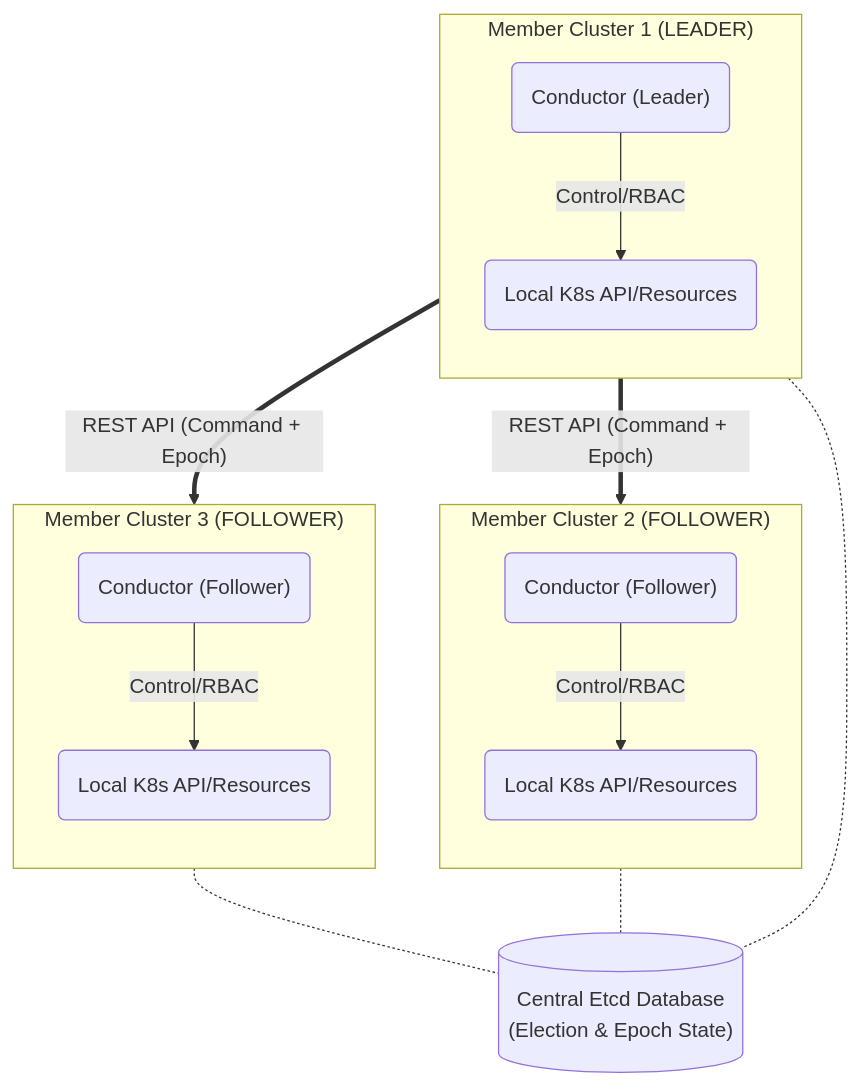
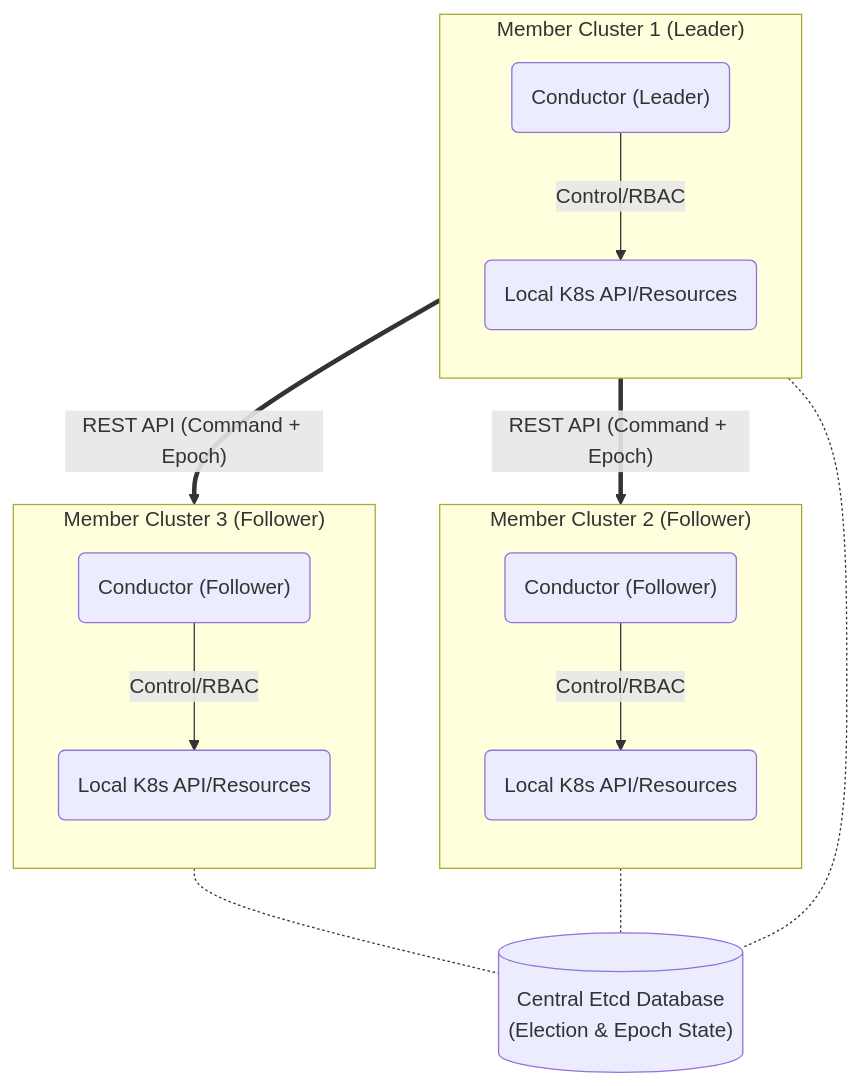
Before and after one commit to esadakcam/conductor: the diagram in docs/architecture-distributed.md, drawn with Mermaid.

Commit message:
Update distributed arch

````diff
--- a/docs/architecture-distributed.md
+++ b/docs/architecture-distributed.md
@@ -1,52 +1,52 @@
 ```mermaid
 flowchart TD
     %% 1. The Central Database
     ETCD[("Central Etcd Database
     (Election & Epoch State)")]
 
     %% 2. The Leader Cluster Scope
-    subgraph Cluster_1 ["Member Cluster 1 (LEADER)"]
+    subgraph Cluster_1 ["Member Cluster 1 (Leader)"]
         direction TB
         L_Agent("Conductor (Leader)")
         L_K8s("Local K8s API/Resources")
 
         %% Local Communication
         L_Agent -->|Control/RBAC| L_K8s
     end
 
     %% 3. The Follower Cluster Scope
-    subgraph Cluster_2 ["Member Cluster 2 (FOLLOWER)"]
+    subgraph Cluster_2 ["Member Cluster 2 (Follower)"]
         direction TB
         F1_Agent("Conductor (Follower)")
         F1_K8s("Local K8s API/Resources")
 
         %% Local Communication
         F1_Agent -->|Control/RBAC| F1_K8s
     end
 
     %% 4. The Second Follower (to show 1-to-many)
-    subgraph Cluster_3 ["Member Cluster 3 (FOLLOWER)"]
+    subgraph Cluster_3 ["Member Cluster 3 (Follower)"]
         direction TB
         F2_Agent("Conductor (Follower)")
         F2_K8s("Local K8s API/Resources")
 
         %% Local Communication
         F2_Agent -->|Control/RBAC| F2_K8s
     end
 
     %% --- CROSS-CLUSTER COMMUNICATION (Minimizing Arrows) ---
 
     %% Leader commands Followers (REST API)
     L_Agent == "REST API (Command + Epoch)" ==> F1_Agent
     L_Agent == "REST API (Command + Epoch)" ==> F2_Agent
 
     %% All Nodes Talk to Etcd (Dashed to distinguish from task flow)
     L_Agent -.- ETCD
     F1_Agent -.- ETCD
     F2_Agent -.- ETCD
 
 
     class L_Agent,F1_Agent,F2_Agent agent;
     class ETCD db;
 
 ```
````
